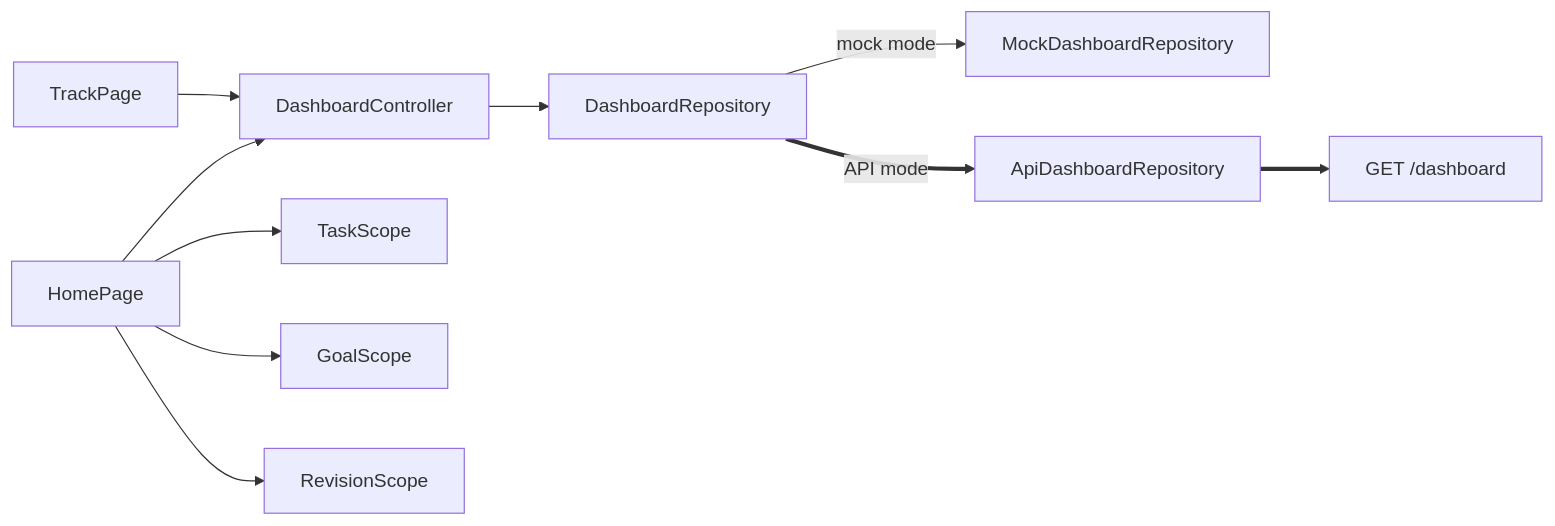
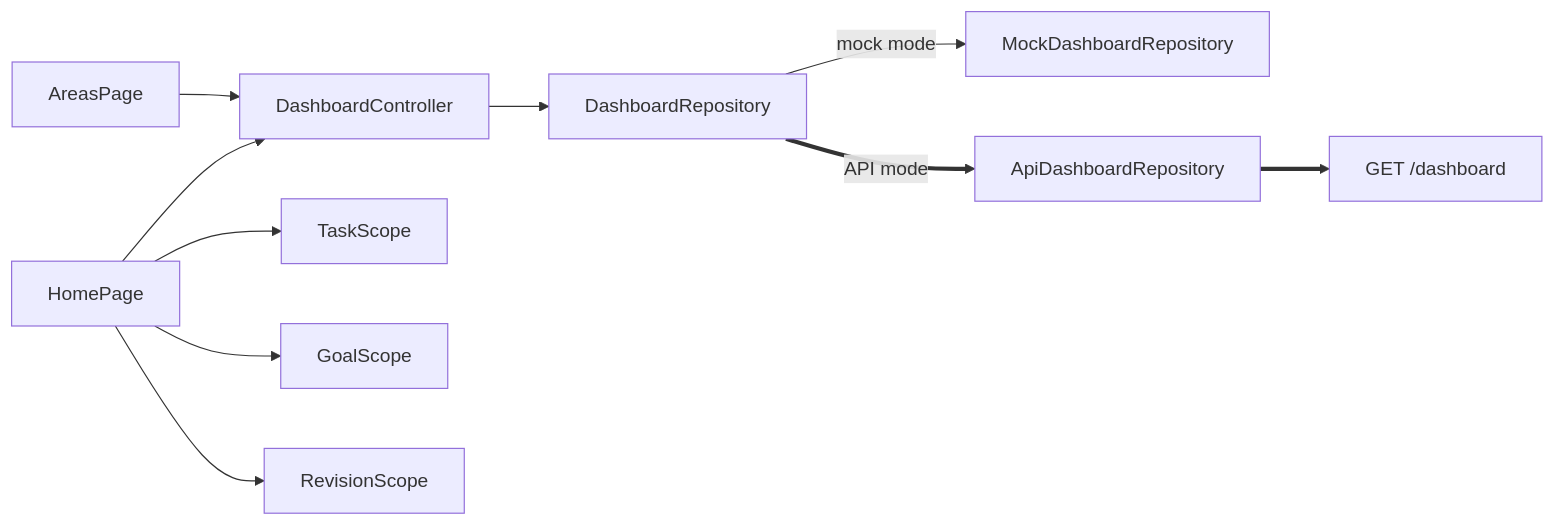
Before and after one commit to Gaoher-1207/omnia: the diagram in docs/omnia-vault/Features/Dashboard.md, drawn with Mermaid. The commit also changed other lines of this file and 71 other files, not shown here.

Commit message:
Refine Omnia UX architecture and design system

````diff
--- a/docs/omnia-vault/Features/Dashboard.md
+++ b/docs/omnia-vault/Features/Dashboard.md
@@ -51,11 +51,11 @@
 ```mermaid
 flowchart LR
     H["HomePage"] --> DC["DashboardController"]
-    T["TrackPage"] --> DC
+    T["AreasPage"] --> DC
     DC --> DR["DashboardRepository"]
     DR -->|mock mode| MD["MockDashboardRepository"]
     DR ==>|API mode| AD["ApiDashboardRepository"] ==> D["GET /dashboard"]
     H --> TS["TaskScope"]
     H --> GS["GoalScope"]
     H --> RS["RevisionScope"]
 ```
````
